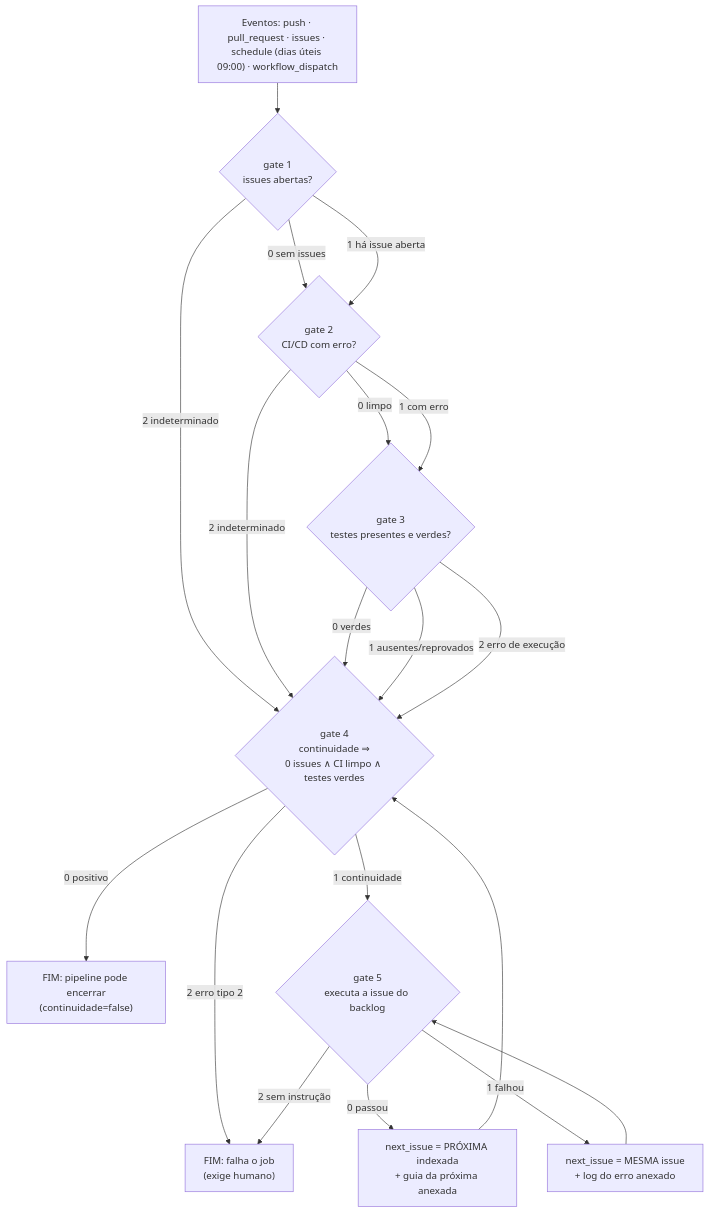
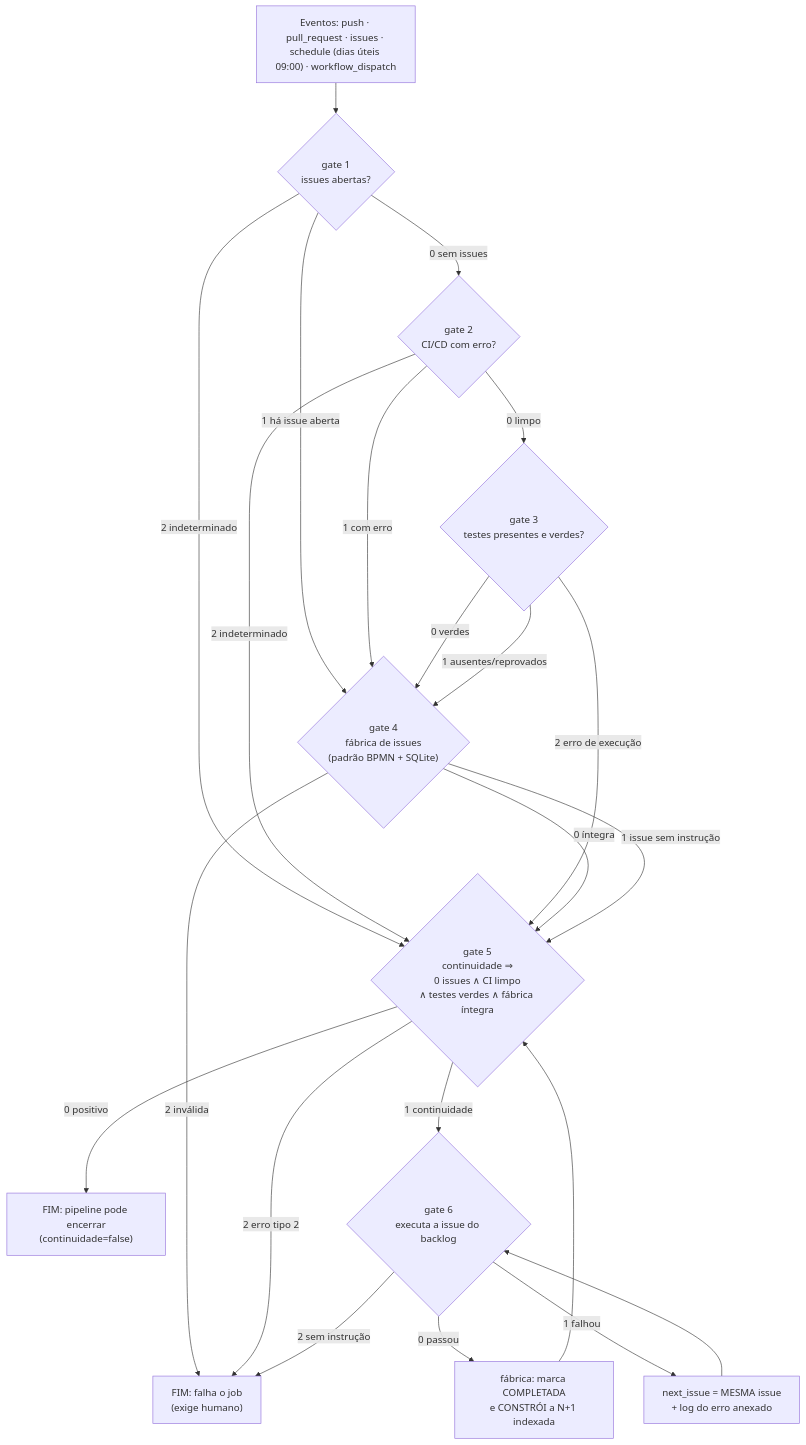
The diagram in docs/03-pipeline-gates.md (camillanapoles/llm-arena-opencli), drawn with Mermaid before and after one commit. The commit also changed other lines of this file and 15 other files, not shown here.

````diff
--- a/docs/03-pipeline-gates.md
+++ b/docs/03-pipeline-gates.md
@@ -68,22 +75,25 @@
 ```mermaid
 flowchart TD
     E["Eventos: push · pull_request · issues · schedule (dias úteis 09:00) · workflow_dispatch"] --> G1
     G1{"gate 1<br/>issues abertas?"} -->|0 sem issues| G2
-    G1 -->|1 há issue aberta| G2
+    G1 -->|1 há issue aberta| GF
     G1 -->|2 indeterminado| GC
     G2{"gate 2<br/>CI/CD com erro?"} -->|0 limpo| G3
-    G2 -->|1 com erro| G3
+    G2 -->|1 com erro| GF
     G2 -->|2 indeterminado| GC
-    G3{"gate 3<br/>testes presentes e verdes?"} -->|0 verdes| GC
-    G3 -->|1 ausentes/reprovados| GC
+    G3{"gate 3<br/>testes presentes e verdes?"} -->|0 verdes| GF
+    G3 -->|1 ausentes/reprovados| GF
     G3 -->|2 erro de execução| GC
-    GC{"gate 4<br/>continuidade ⇒<br/>0 issues ∧ CI limpo ∧ testes verdes"}
+    GF{"gate 4<br/>fábrica de issues<br/>(padrão BPMN + SQLite)"} -->|0 íntegra| GC
+    GF -->|1 issue sem instrução| GC
+    GF -->|2 inválida| F
+    GC{"gate 5<br/>continuidade ⇒<br/>0 issues ∧ CI limpo<br/>∧ testes verdes ∧ fábrica íntegra"}
     GC -->|2 erro tipo 2| F["FIM: falha o job<br/>(exige humano)"]
     GC -->|0 positivo| OK["FIM: pipeline pode encerrar<br/>(continuidade=false)"]
-    GC -->|1 continuidade| G5{"gate 5<br/>executa a issue do backlog"}
-    G5 -->|0 passou| NX["next_issue = PRÓXIMA indexada<br/>+ guia da próxima anexada"]
+    GC -->|1 continuidade| G5{"gate 6<br/>executa a issue do backlog"}
+    G5 -->|0 passou| NX["fábrica: marca COMPLETADA<br/>e CONSTRÓI a N+1 indexada"]
     G5 -->|1 falhou| MS["next_issue = MESMA issue<br/>+ log do erro anexado"]
     G5 -->|2 sem instrução| F
     NX --> GC
     MS --> G5
 ```
````
